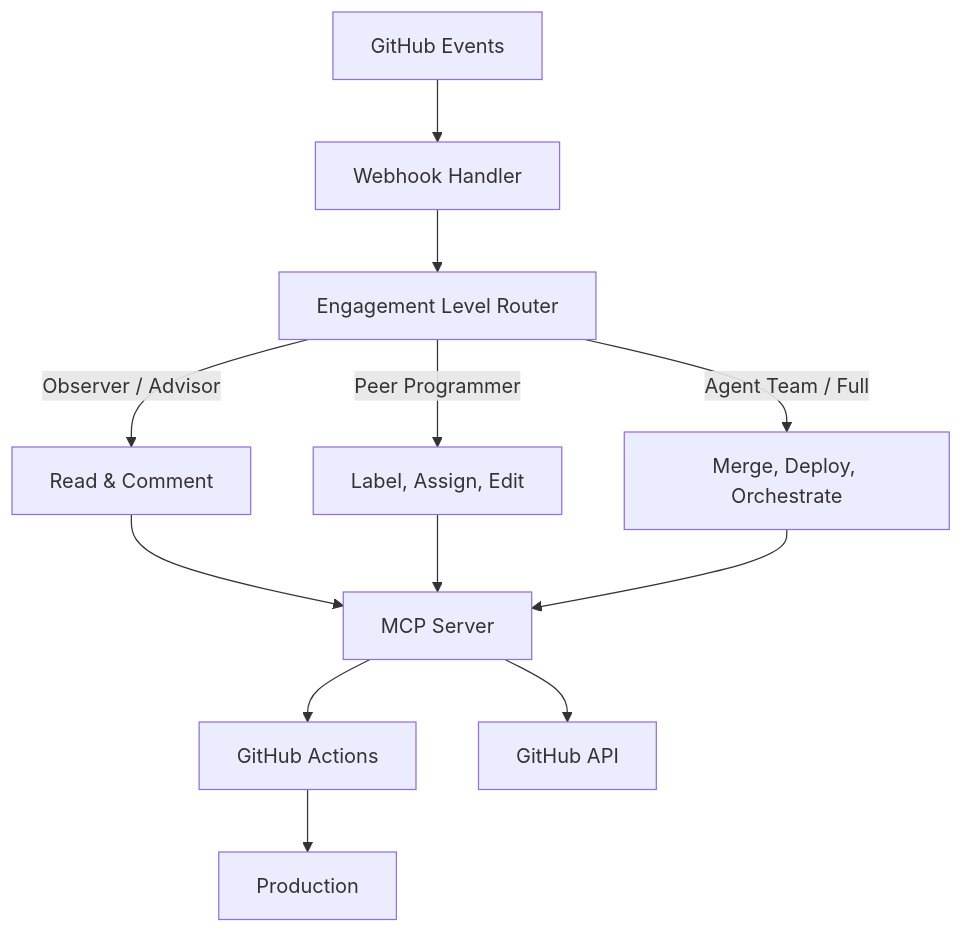
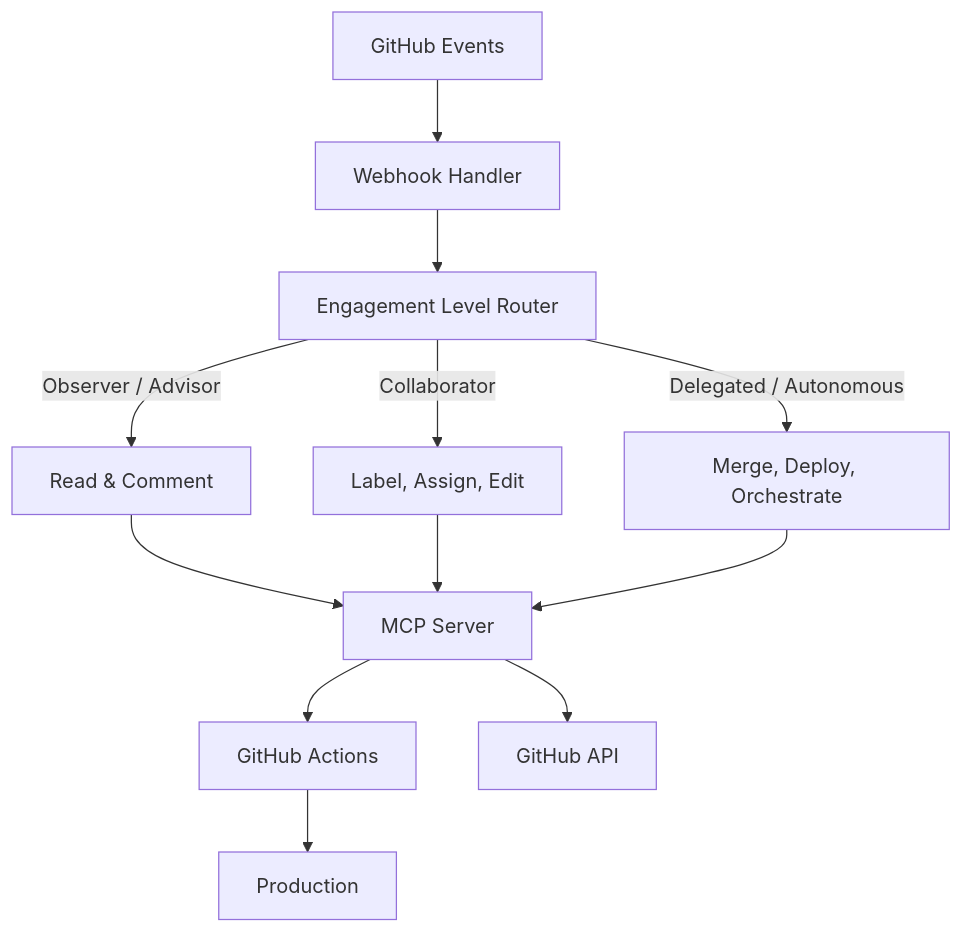
The diagram in README.md (AgentCraftworks/AgentCraftworks-CE), drawn with Mermaid before and after one commit. The commit also changed other lines of this file and 28 other files, not shown here.

````diff
--- a/README.md
+++ b/README.md
@@ -73,14 +74,14 @@
 ```mermaid
 graph TD
     GH[GitHub Events] --> WH[Webhook Handler]
     WH --> AD[Engagement Level Router]
     AD -->|Observer / Advisor| OBS[Read & Comment]
-    AD -->|Peer Programmer| PR[Label, Assign, Edit]
-    AD -->|Agent Team / Full| AUTO[Merge, Deploy, Orchestrate]
+    AD -->|Collaborator| PR[Label, Assign, Edit]
+    AD -->|Delegated / Autonomous| AUTO[Merge, Deploy, Orchestrate]
     OBS --> MCP[MCP Server]
     PR --> MCP
     AUTO --> MCP
     MCP --> GHA[GitHub Actions]
     MCP --> API[GitHub API]
     GHA --> PROD[Production]
 ```
````
